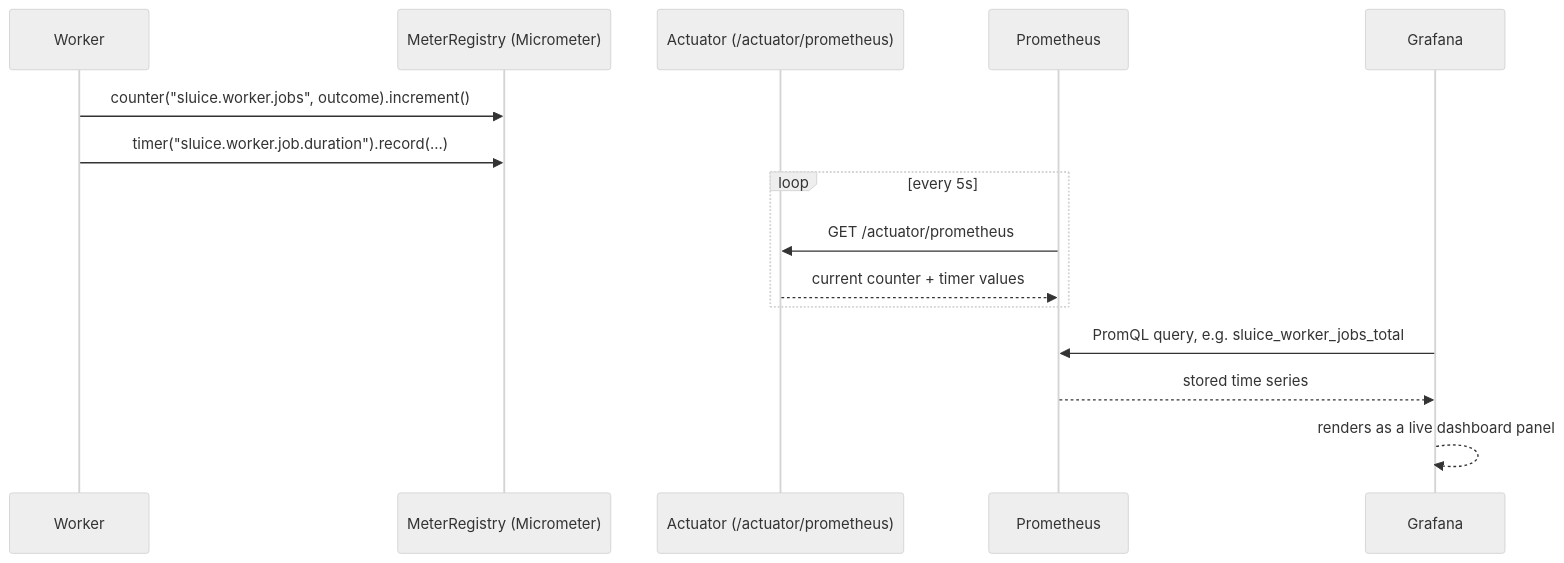
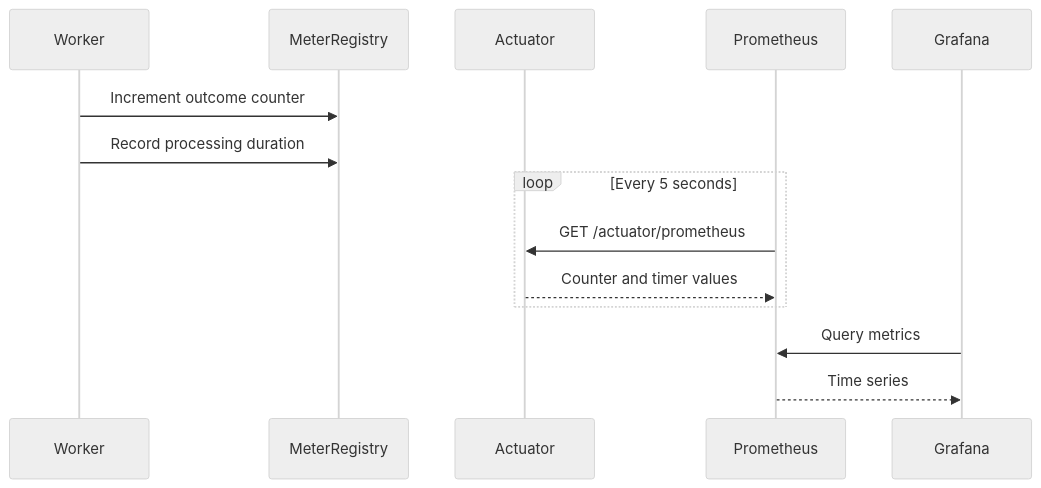
The seventh of 8 diagrams in README.md (amanxsays/Sluice), drawn with Mermaid (neutral theme) before and after one commit. The commit also changed other lines of this file and 41 other files, not shown here.

````diff
--- a/README.md
+++ b/README.md
@@ -274,20 +421,19 @@
 ```mermaid
 sequenceDiagram
     participant W as Worker
-    participant MR as MeterRegistry (Micrometer)
-    participant A as Actuator (/actuator/prometheus)
+    participant MR as MeterRegistry
+    participant A as Actuator
     participant P as Prometheus
     participant G as Grafana
 
-    W->>MR: counter("sluice.worker.jobs", outcome).increment()
-    W->>MR: timer("sluice.worker.job.duration").record(...)
+    W->>MR: Increment outcome counter
+    W->>MR: Record processing duration
 
-    loop every 5s
+    loop Every 5 seconds
         P->>A: GET /actuator/prometheus
-        A-->>P: current counter + timer values
+        A-->>P: Counter and timer values
     end
 
-    G->>P: PromQL query, e.g. sluice_worker_jobs_total
-    P-->>G: stored time series
-    G-->>G: renders as a live dashboard panel
+    G->>P: Query metrics
+    P-->>G: Time series
 ```
````
